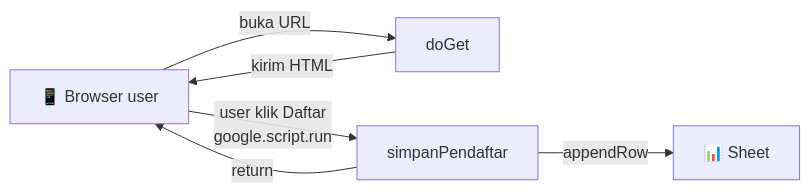
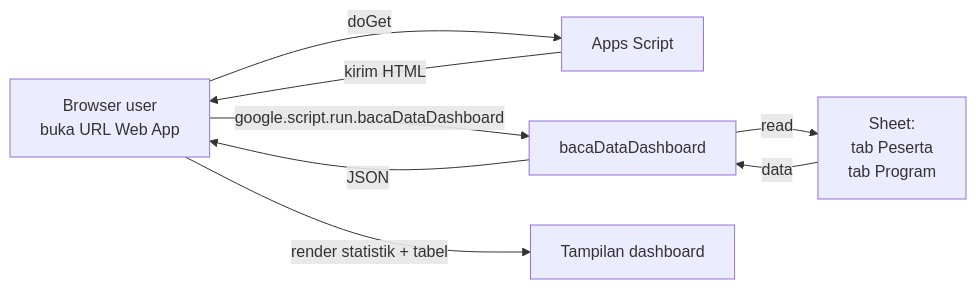
One commit to githubna-ilham/google-script changed the third of 3 diagrams in Modul-7-Web-Apps-and-API-Integration/materi.md. Above: the diagram before and after it, drawn with Mermaid. The commit also changed other lines of this file and 4 other files, not shown here.

````diff
--- a/Modul-7-Web-Apps-and-API-Integration/materi.md
+++ b/Modul-7-Web-Apps-and-API-Integration/materi.md
@@ -326,8 +277,10 @@
 ```mermaid
 flowchart LR
-    Browser["📱 Browser user"] -->|buka URL| DoGet["doGet"]
-    DoGet -->|kirim HTML| Browser
-    Browser -->|user klik Daftar<br/>google.script.run| Simpan["simpanPendaftar"]
-    Simpan -->|appendRow| Sheet["📊 Sheet"]
-    Simpan -->|return| Browser
+    Browser["Browser user<br/>buka URL Web App"] -->|doGet| GAS["Apps Script"]
+    GAS -->|kirim HTML| Browser
+    Browser -->|google.script.run.bacaDataDashboard| Server["bacaDataDashboard"]
+    Server -->|read| Sheet["Sheet:<br/>tab Peserta<br/>tab Program"]
+    Sheet -->|data| Server
+    Server -->|JSON| Browser
+    Browser -->|render statistik + tabel| User["Tampilan dashboard"]
 ```
````
